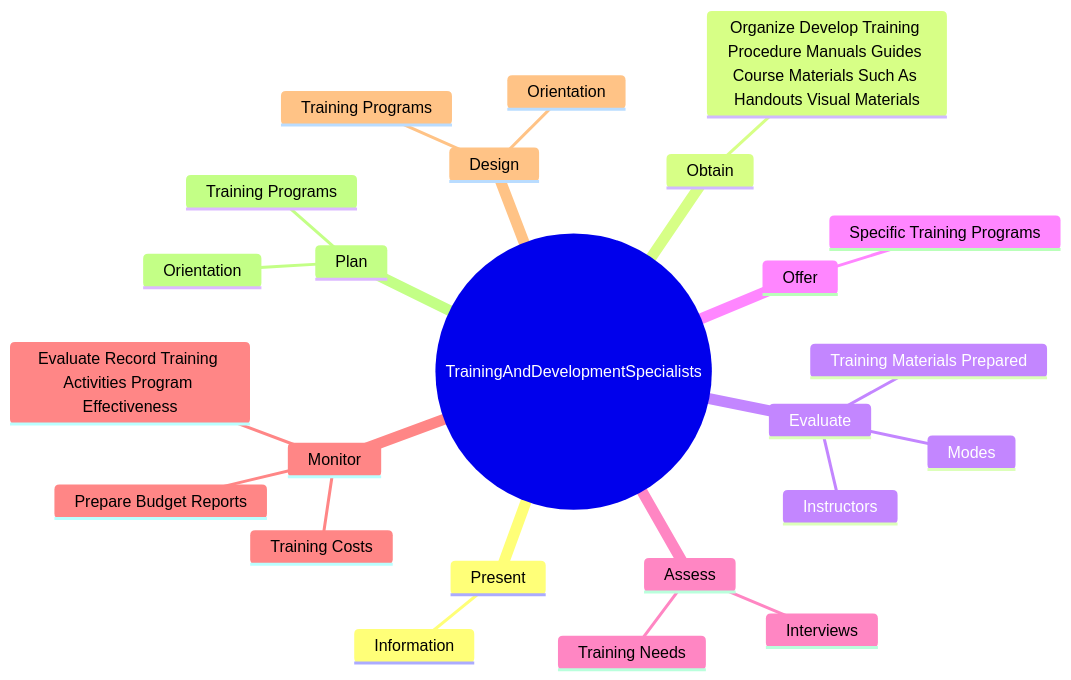
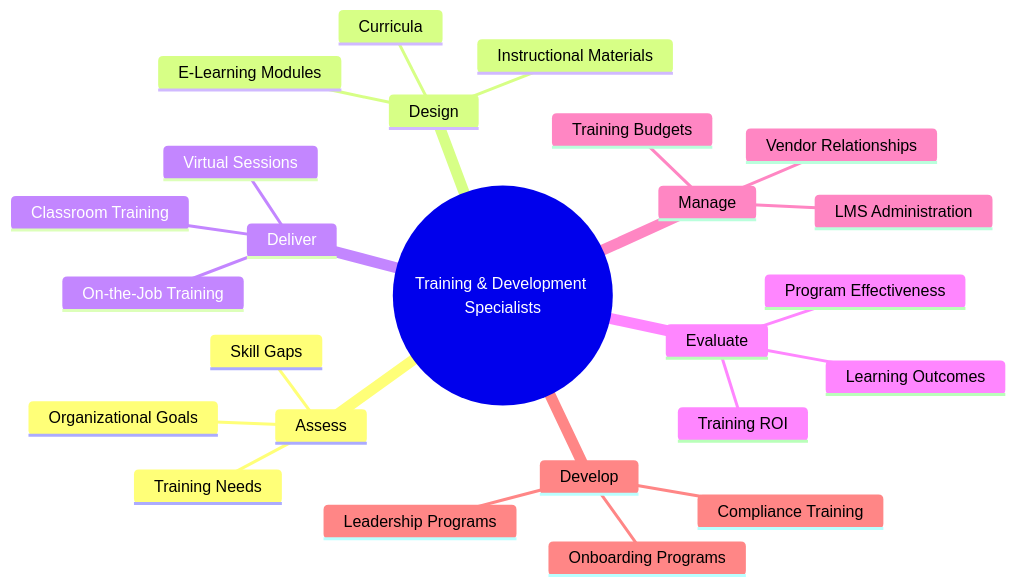
Before and after one commit to kziemski/business.org.ai: the second of 4 diagrams in occupations/Business/TrainingAndDevelopmentSpecialists.mdx, drawn with Mermaid. The commit also changed other lines of this file and 938 other files, not shown here.

````diff
--- a/occupations/Business/TrainingAndDevelopmentSpecialists.mdx
+++ b/occupations/Business/TrainingAndDevelopmentSpecialists.mdx
@@ -37,27 +48,28 @@
 ```mermaid
 mindmap
-    root(("TrainingAndDevelopmentSpecialists"))
-        Present
-            Information
-        Obtain
-            Organize Develop Training Procedure Manuals Guides Course Materials Such As Handouts Visual Materials
-        Evaluate
-            Modes
-            Training Materials Prepared
-            Instructors
-        Offer
-            Specific Training Programs
+    root(("Training & Development Specialists"))
         Assess
             Training Needs
-            Interviews
-        Monitor
-            Evaluate Record Training Activities Program Effectiveness
-            Training Costs
-            Prepare Budget Reports
+            Skill Gaps
+            Organizational Goals
         Design
-            Orientation
-            Training Programs
-        Plan
-            Orientation
-            Training Programs
+            Curricula
+            Instructional Materials
+            E-Learning Modules
+        Deliver
+            Classroom Training
+            Virtual Sessions
+            On-the-Job Training
+        Evaluate
+            Learning Outcomes
+            Program Effectiveness
+            Training ROI
+        Manage
+            LMS Administration
+            Vendor Relationships
+            Training Budgets
+        Develop
+            Leadership Programs
+            Onboarding Programs
+            Compliance Training
 ```
````
